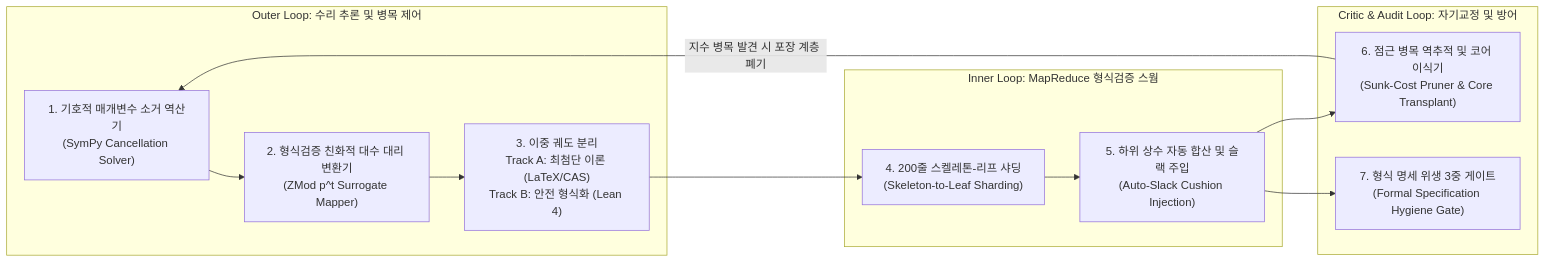
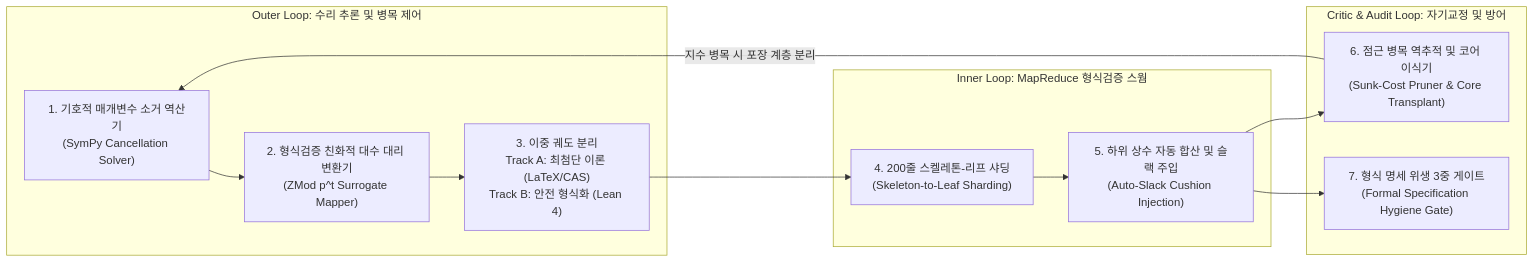
Before and after one commit to gilheumpark-bit/ultari-proof-anatomy: the diagram in anatomy/004-openai-378-eth-disproof/ko/03_전문가용_전산학및형식증명심사보고서.md, drawn with Mermaid. The commit also changed other lines of this file and 244 other files, not shown here.

````diff
--- a/anatomy/004-openai-378-eth-disproof/ko/03_전문가용_전산학및형식증명심사보고서.md
+++ b/anatomy/004-openai-378-eth-disproof/ko/03_전문가용_전산학및형식증명심사보고서.md
@@ -149,16 +149,16 @@
 ```mermaid
 flowchart LR
     subgraph Outer["Outer Loop: 수리 추론 및 병목 제어"]
         A["1. 기호적 매개변수 소거 역산기\n(SymPy Cancellation Solver)"] --> B["2. 형식검증 친화적 대수 대리 변환기\n(ZMod p^t Surrogate Mapper)"]
         B --> C["3. 이중 궤도 분리\nTrack A: 최첨단 이론 (LaTeX/CAS)\nTrack B: 안전 형식화 (Lean 4)"]
     end
     subgraph Inner["Inner Loop: MapReduce 형식검증 스웜"]
         C --> D["4. 200줄 스켈레톤-리프 샤딩\n(Skeleton-to-Leaf Sharding)"]
         D --> E["5. 하위 상수 자동 합산 및 슬랙 주입\n(Auto-Slack Cushion Injection)"]
     end
     subgraph Gate["Critic & Audit Loop: 자기교정 및 방어"]
         E --> F["6. 점근 병목 역추적 및 코어 이식기\n(Sunk-Cost Pruner & Core Transplant)"]
-        F -->|지수 병목 발견 시 포장 계층 폐기| A
+        F -->|지수 병목 시 포장 계층 분리| A
         E --> G["7. 형식 명세 위생 3중 게이트\n(Formal Specification Hygiene Gate)"]
     end
 ```
````
